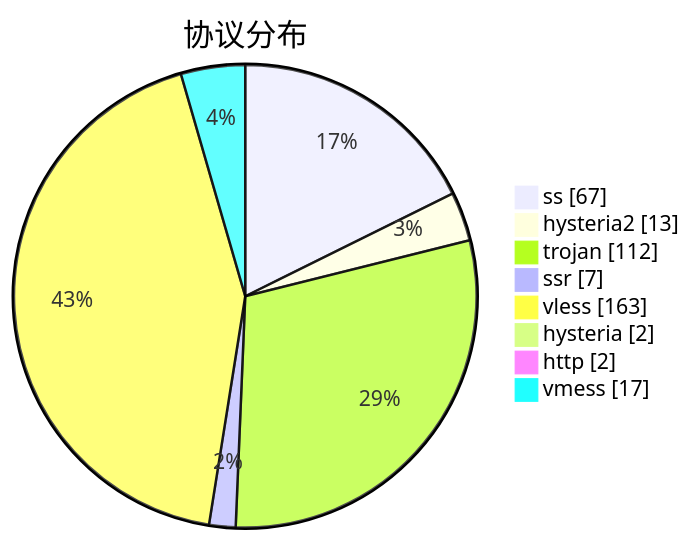
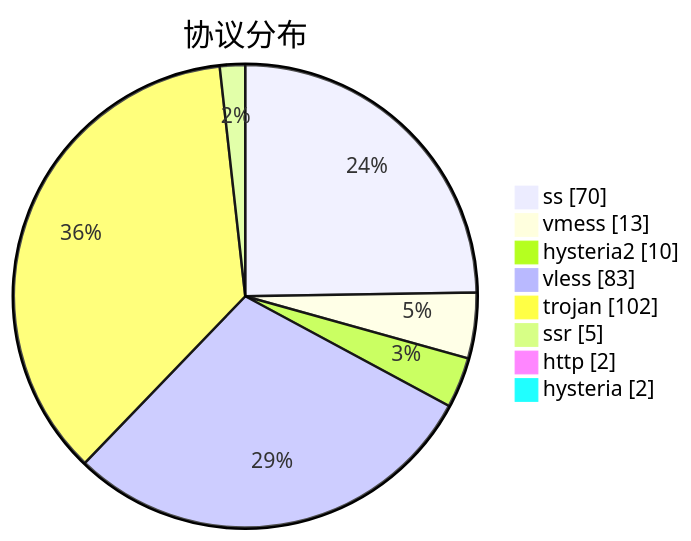
One commit to sinspired/airport changed the third of 3 diagrams in subs/statistics/tested_within.md. Above: the diagram before and after it, drawn with Mermaid. The commit also changed other lines of this file and 2 other files, not shown here.

````diff
--- a/subs/statistics/tested_within.md
+++ b/subs/statistics/tested_within.md
@@ -59,12 +62,12 @@
 ```mermaid
 pie showData
 title 协议分布
-"ss" : 67
-"hysteria2" : 13
-"trojan" : 112
-"ssr" : 7
-"vless" : 163
+"ss" : 70
+"vmess" : 13
+"hysteria2" : 10
+"vless" : 83
+"trojan" : 102
+"ssr" : 5
+"http" : 2
 "hysteria" : 2
-"http" : 2
-"vmess" : 17
 ```
````
